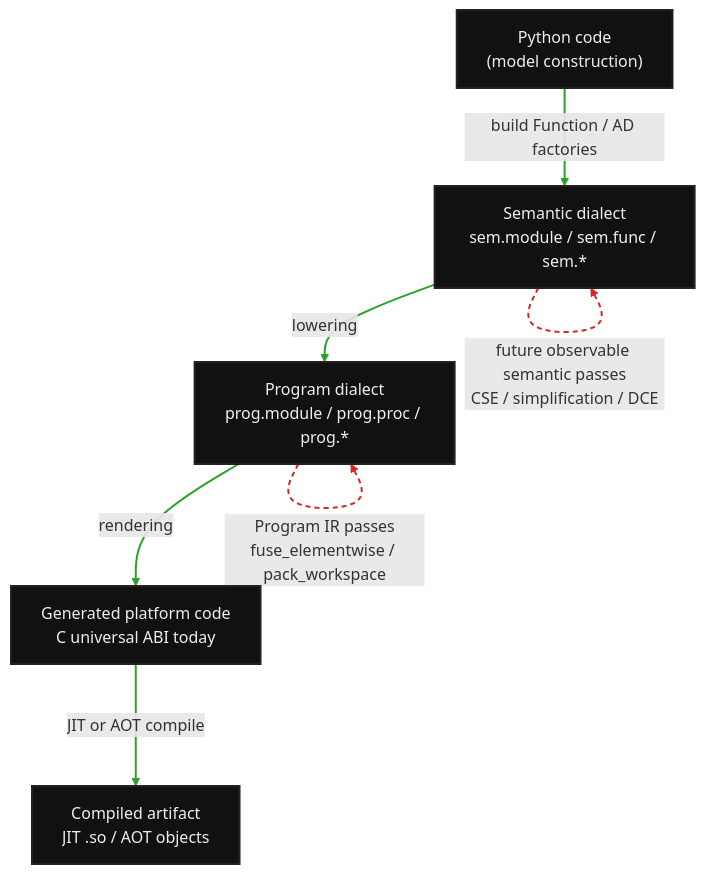
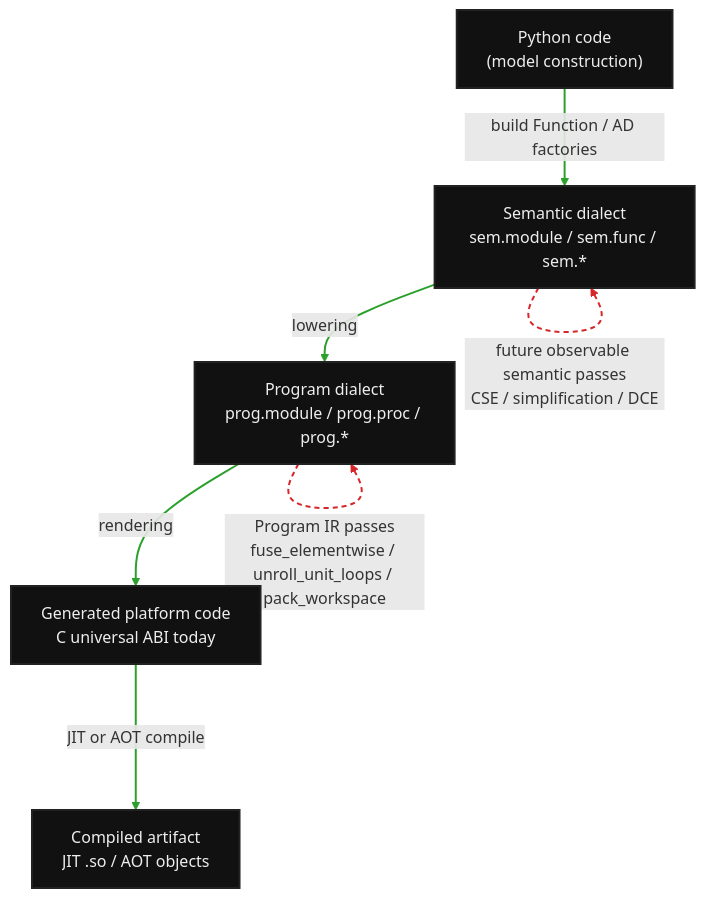
Before and after one commit to PREDICT-EPFL/scaly: the diagram in docs/spec.md, drawn with Mermaid. The commit also changed other lines of this file and 5 other files, not shown here.

Commit message:
Add Program IR unit-loop unroll pass

````diff
--- a/docs/spec.md
+++ b/docs/spec.md
@@ -103,20 +103,20 @@
 ```mermaid
 flowchart TB
   py["Python code\n(model construction)"]:::artifact
   sem["Semantic dialect\nsem.module / sem.func / sem.*"]:::artifact
   prog["Program dialect\nprog.module / prog.proc / prog.*"]:::artifact
   c["Generated platform code\nC universal ABI today"]:::artifact
   native["Compiled artifact\nJIT .so / AOT objects"]:::artifact
 
   py -->|build Function / AD factories| sem
   sem -->|lowering| prog
   prog -->|rendering| c
   c -->|JIT or AOT compile| native
 
   sem -.->|future observable semantic passes\nCSE / simplification / DCE| sem
-  prog -.->|Program IR passes\nfuse_elementwise / pack_workspace| prog
+  prog -.->|Program IR passes\nfuse_elementwise / unroll_unit_loops / pack_workspace| prog
 
   classDef artifact fill:#111,stroke:#222,color:#eee,stroke-width:2px;
   linkStyle 0,1,2,3 stroke:#2ca02c,stroke-width:2px;
   linkStyle 4,5 stroke:#d62728,stroke-width:2px,stroke-dasharray: 5 4;
 ```
````
